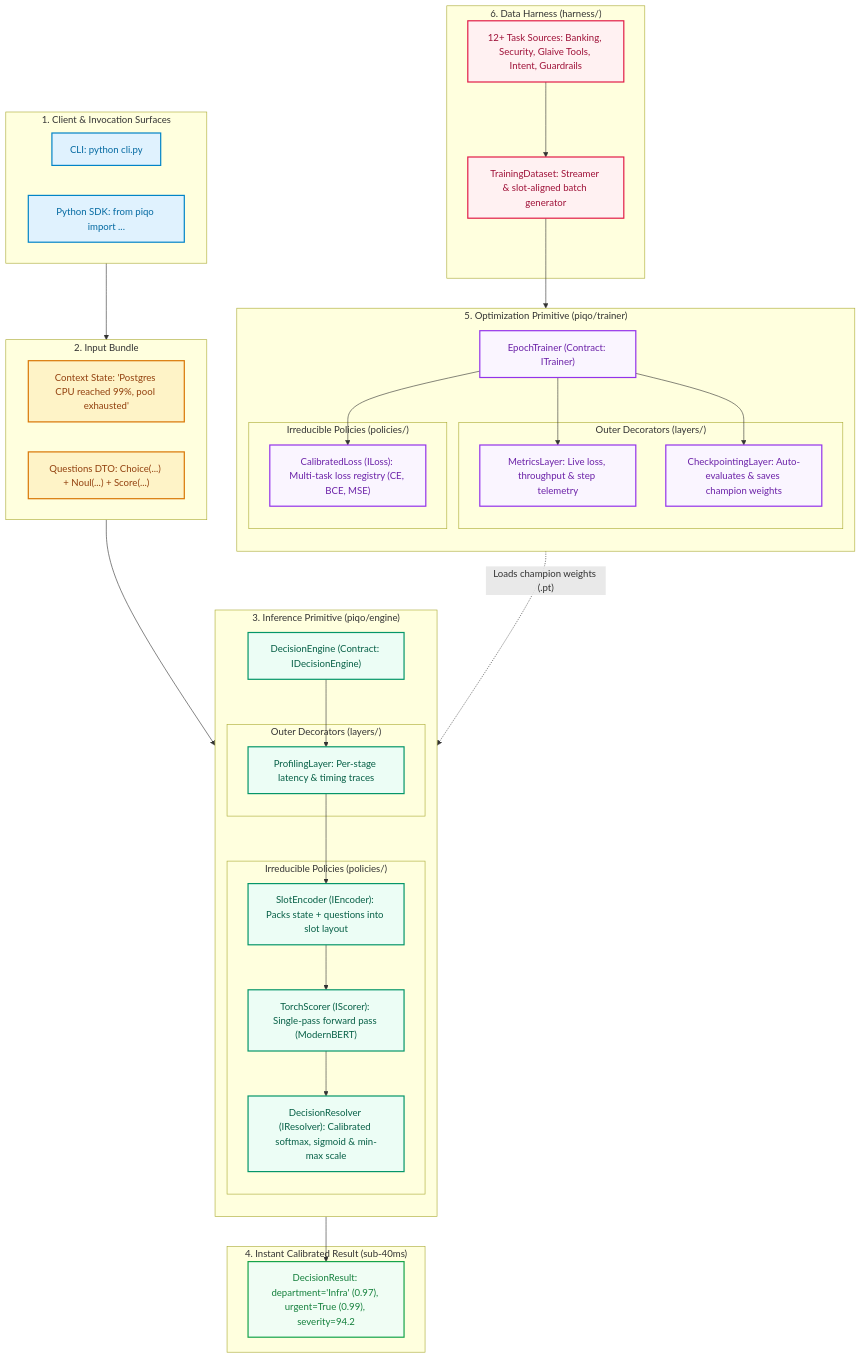
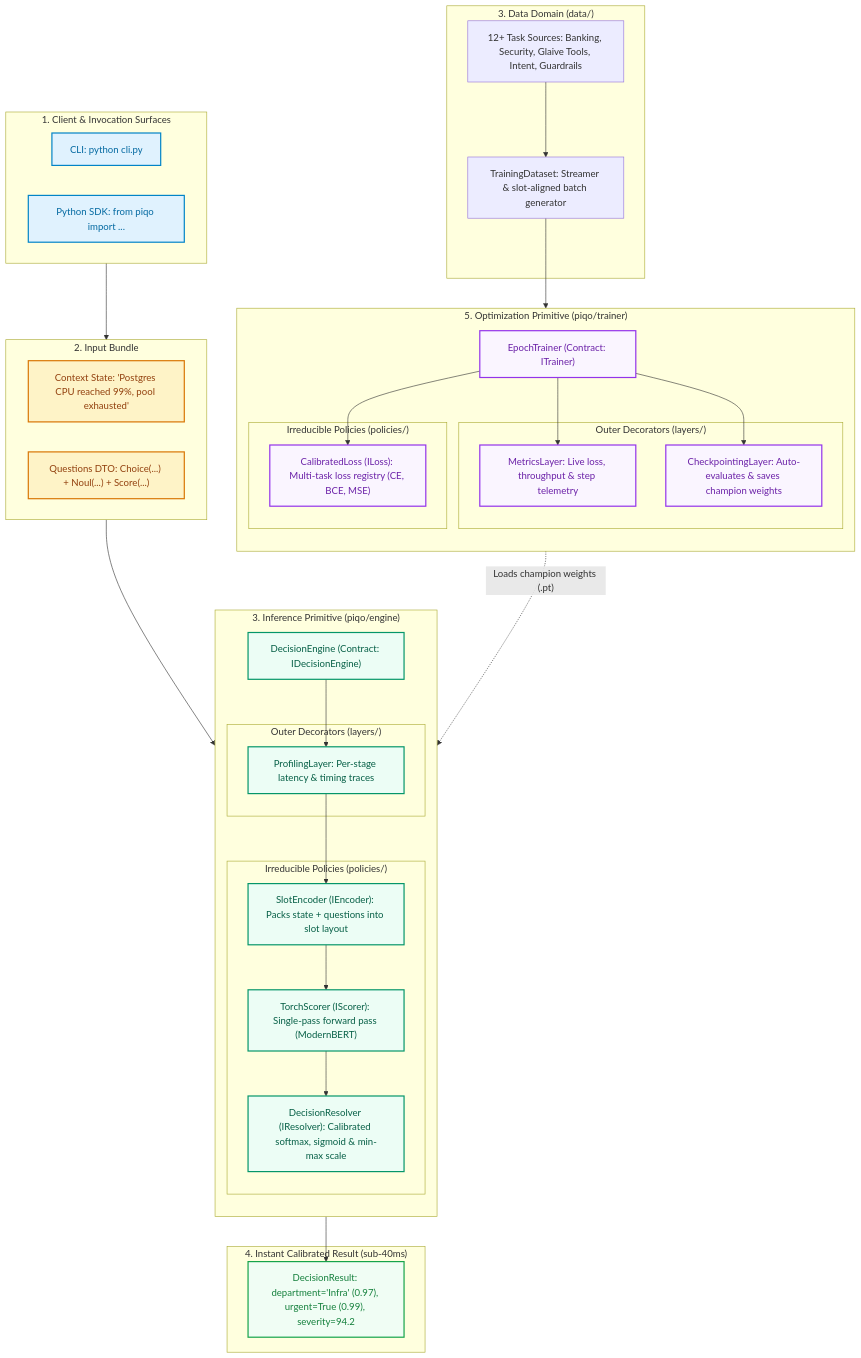
One commit to MrRazor22/NanoLLM changed the diagram in README.md. Above: the diagram before and after it, drawn with Mermaid. The commit also changed other lines of this file and 55 other files, not shown here.

````diff
--- a/README.md
+++ b/README.md
@@ -9,81 +9,81 @@
 ```mermaid
 flowchart TD
     classDef client fill:#e0f2fe,stroke:#0284c7,stroke-width:2px,color:#0369a1;
     classDef input fill:#fef3c7,stroke:#d97706,stroke-width:2px,color:#92400e;
     classDef engine fill:#ecfdf5,stroke:#059669,stroke-width:2px,color:#065f46;
     classDef output fill:#f0fdf4,stroke:#16a34a,stroke-width:2px,color:#15803d;
     classDef trainer fill:#faf5ff,stroke:#9333ea,stroke-width:2px,color:#6b21a8;
-    classDef harness fill:#fff1f2,stroke:#e11d48,stroke-width:2px,color:#9f1239;
+    classDef curriculum fill:#fff1f2,stroke:#e11d48,stroke-width:2px,color:#9f1239;
 
     subgraph Client ["1. Client & Invocation Surfaces"]
         CLI["CLI: python cli.py"]
         SDK["Python SDK: from piqo import ..."]
     end
 
     subgraph Inputs ["2. Input Bundle"]
         CTX["Context State: 'Postgres CPU reached 99%, pool exhausted'"]
         QS["Questions DTO: Choice(...) + Noul(...) + Score(...)"]
     end
 
     subgraph InferencePrimitive ["3. Inference Primitive (piqo/engine)"]
         direction TB
         DE["DecisionEngine (Contract: IDecisionEngine)"]
 
         subgraph InfLayers ["Outer Decorators (layers/)"]
             PROF["ProfilingLayer: Per-stage latency & timing traces"]
         end
 
         subgraph InfPolicies ["Irreducible Policies (policies/)"]
             ENC["SlotEncoder (IEncoder): Packs state + questions into slot layout"]
             SCORER["TorchScorer (IScorer): Single-pass forward pass (ModernBERT)"]
             RES["DecisionResolver (IResolver): Calibrated softmax, sigmoid & min-max scale"]
         end
     end
 
     subgraph Outputs ["4. Instant Calibrated Result (sub-40ms)"]
         RES_OUT["DecisionResult: department='Infra' (0.97), urgent=True (0.99), severity=94.2"]
     end
 
     subgraph TrainingPrimitive ["5. Optimization Primitive (piqo/trainer)"]
         direction TB
         ET["EpochTrainer (Contract: ITrainer)"]
 
         subgraph TrainLayers ["Outer Decorators (layers/)"]
             METRICS["MetricsLayer: Live loss, throughput & step telemetry"]
             CKPT["CheckpointingLayer: Auto-evaluates & saves champion weights"]
         end
 
         subgraph TrainPolicies ["Irreducible Policies (policies/)"]
             LOSS["CalibratedLoss (ILoss): Multi-task loss registry (CE, BCE, MSE)"]
         end
     end
 
-    subgraph DataEngine ["6. Data Harness (harness/)"]
+    subgraph DataEngine ["3. Data Domain (data/)"]
         SOURCES["12+ Task Sources: Banking, Security, Glaive Tools, Intent, Guardrails"]
         TDS["TrainingDataset: Streamer & slot-aligned batch generator"]
     end
 
     %% Inference Flow
     Client --> Inputs
     Inputs --> DE
     DE --> PROF
     PROF --> ENC
     ENC --> SCORER
     SCORER --> RES
     RES --> RES_OUT
 
     %% Training Flow
     SOURCES --> TDS
     TDS --> ET
     ET --> LOSS
     ET --> METRICS
     ET --> CKPT
     CKPT -. "Loads champion weights (.pt)" .-> SCORER
 
     class CLI,SDK client;
     class CTX,QS input;
     class DE,PROF,ENC,SCORER,RES engine;
     class RES_OUT output;
     class ET,LOSS,METRICS,CKPT trainer;
-    class SOURCES,TDS harness;
+    class SOURCES,TDS data;
 ```
````
